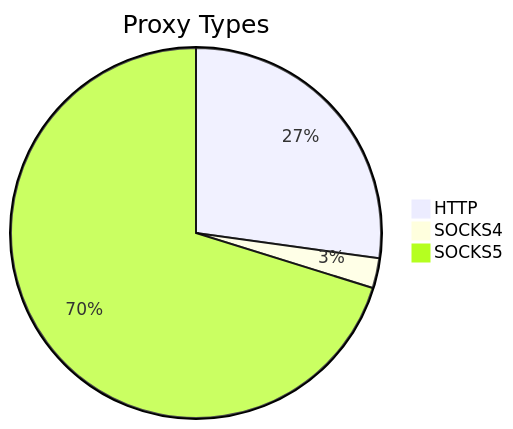
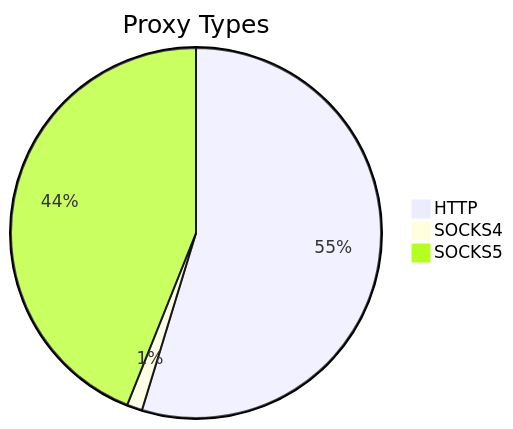
Before and after one commit to stormsia/proxy-list: the first of 2 diagrams in README.md, drawn with Mermaid. The commit also changed other lines of this file, not shown here.

````diff
--- a/README.md
+++ b/README.md
@@ -21,6 +21,6 @@
 ```mermaid
 pie title Proxy Types
-    "HTTP" : 572
-    "SOCKS4" : 55
-    "SOCKS5" : 1477
+    "HTTP" : 569
+    "SOCKS4" : 14
+    "SOCKS5" : 457
 ```
````
